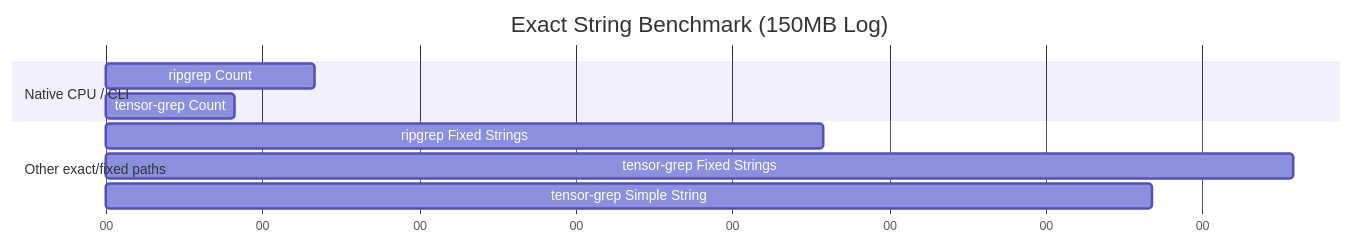
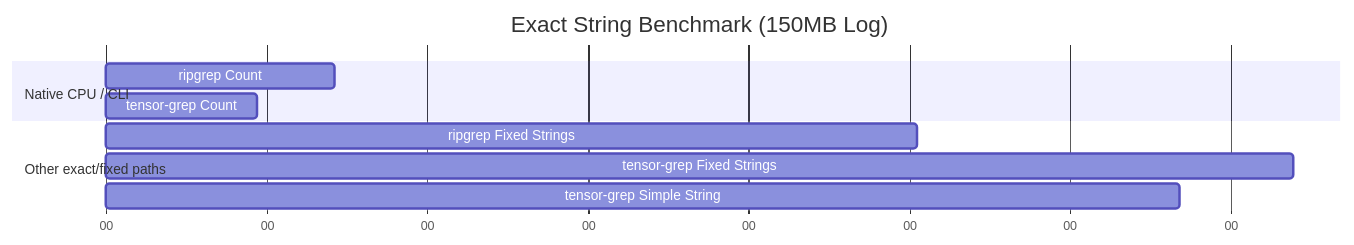
Before and after one commit to oimiragieo/tensor-grep: the third of 3 diagrams in docs/PAPER.md, drawn with Mermaid. The commit also changed other lines of this file and 1 other file, not shown here.

````diff
--- a/docs/PAPER.md
+++ b/docs/PAPER.md
@@ -128,15 +128,15 @@
 ```mermaid
 gantt
     title Exact String Benchmark (150MB Log)
     dateFormat  s
     axisFormat %S
     
     section Native CPU / CLI
-    ripgrep Count              :a1, 0, 0.133s
-    tensor-grep Count          :a2, 0, 0.082s
+    ripgrep Count              :a1, 0, 0.142s
+    tensor-grep Count          :a2, 0, 0.094s
     
     section Other exact/fixed paths
-    ripgrep Fixed Strings      :a3, 0, 0.458s
-    tensor-grep Fixed Strings  :a4, 0, 0.758s
+    ripgrep Fixed Strings      :a3, 0, 0.505s
+    tensor-grep Fixed Strings  :a4, 0, 0.739s
     tensor-grep Simple String  :a5, 0, 0.668s
 ```
````
